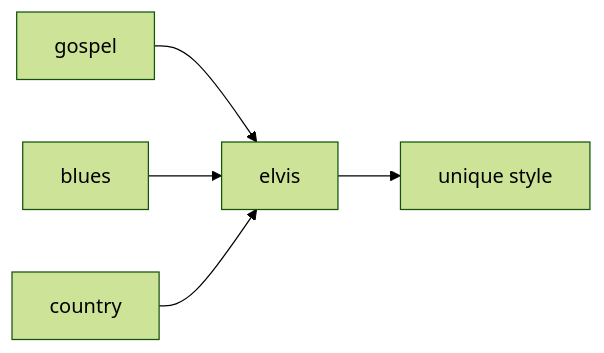
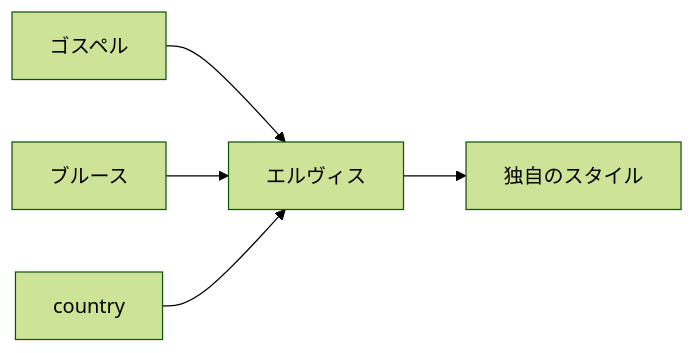
The first of 4 diagrams in en/_posts/2026-06-25-column-elvis-presley.md (monumental-movement/monumental-movement.github.io), drawn with Mermaid (forest theme) before and after one commit. The commit also changed other lines of this file and 2196 other files, not shown here.

```diff
--- a/en/_posts/2026-06-25-column-elvis-presley.md
+++ b/en/_posts/2026-06-25-column-elvis-presley.md
@@ -95,7 +94,7 @@
 <div class="mermaid">
 graph LR
-A[gospel] --> D[elvis]
-B[blues] --> D
+A[ゴスペル] --> D[エルヴィス]
+B[ブルース] --> D
 C[country] --> D
-D --> E[unique style]
+D --> E[独自のスタイル]
 </div>
```
